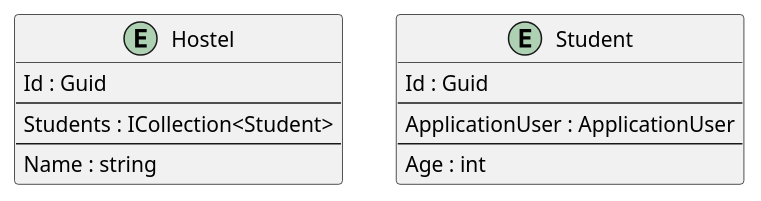
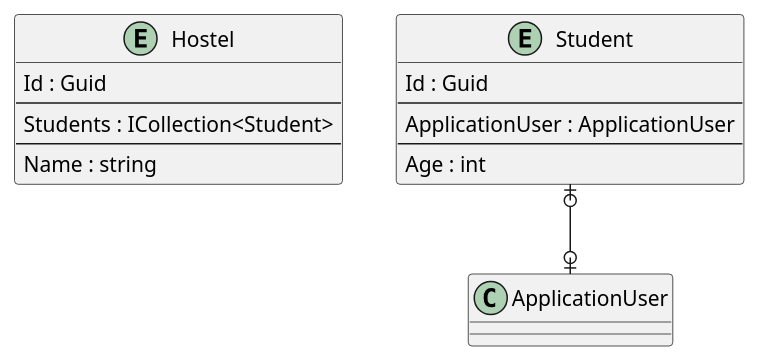
The diagram in .docs/HostelStudents.pu (intrepion/https-code-maze.com-csharp-create-better-looking-console-applications-with-spectre-console-), drawn with PlantUML before and after one commit.

Commit message:
gawk -i inplace "{ gsub(/' RelationshipCodePlaceholder/, \"Student |o--o| ApplicationUser\n' RelationshipCodePlaceholder\") }; { print }" .docs/HostelStudents.pu

```diff
--- a/.docs/HostelStudents.pu
+++ b/.docs/HostelStudents.pu
@@ -1,27 +1,28 @@
 @startuml
 
 entity Hostel {
     Id : Guid
     --
     Students : ICollection<Student>
     ' HostelKeyCodePlaceholder
     --
     Name : string
     ' HostelPropertyCodePlaceholder
 }
 
 entity Student {
     Id : Guid
     --
     ApplicationUser : ApplicationUser
     ' StudentKeyCodePlaceholder
     --
     Age : int
     ' StudentPropertyCodePlaceholder
 }
 
 ' EntityCodePlaceholder
 
+Student |o--o| ApplicationUser
 ' RelationshipCodePlaceholder
 
 @enduml
```
